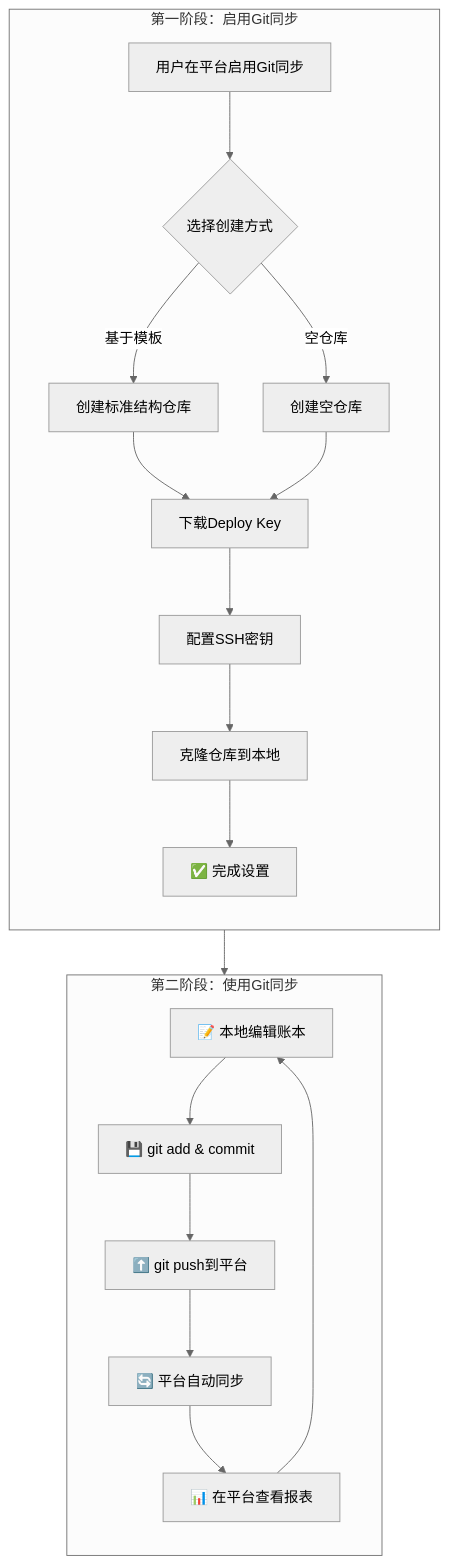
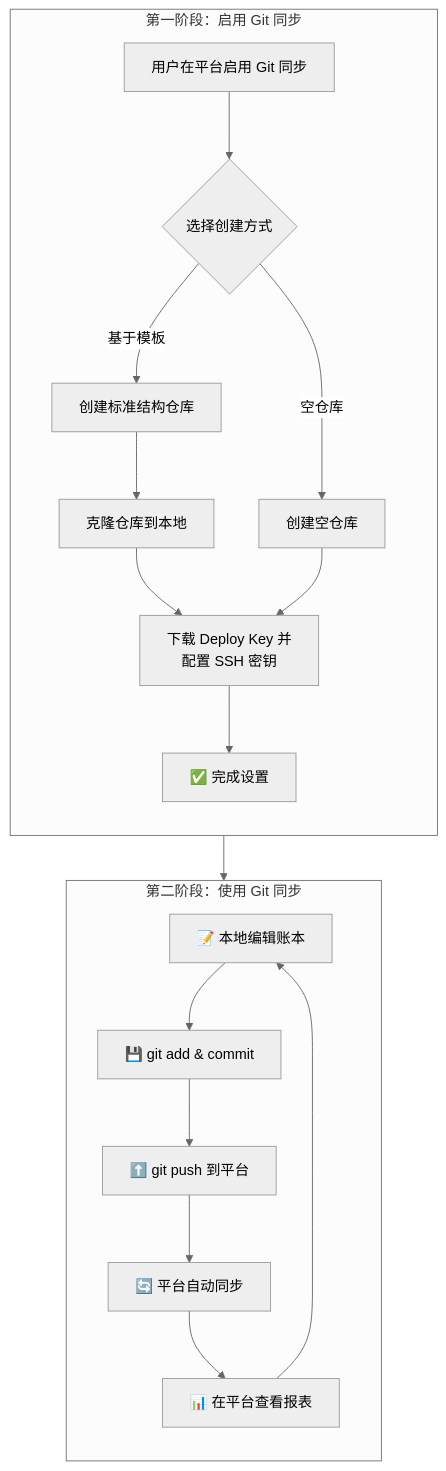
One commit to dhr2333/Beancount-Trans-Docs changed the diagram in docs/02-用户指南/07-Git同步.md. Above: the diagram before and after it, drawn with Mermaid (neutral theme). The commit also changed other lines of this file, not shown here.

Commit message:
docs: update Git synchronization documentation with formatting improvements and important user guidelines

````diff
--- a/docs/02-用户指南/07-Git同步.md
+++ b/docs/02-用户指南/07-Git同步.md
@@ -28,25 +28,24 @@
 ```mermaid
 flowchart TD
-    subgraph A[第一阶段：启用Git同步]
+    subgraph A[第一阶段：启用 Git 同步]
         direction TB
-        A1[用户在平台启用Git同步] --> A2{选择创建方式}
+        A1[用户在平台启用 Git 同步] --> A2{选择创建方式}
         A2 -->|基于模板| A3[创建标准结构仓库]
-        A2 -->|空仓库| A4[创建空仓库]
-        A3 --> A5[下载Deploy Key]
-        A4 --> A5
-        A5 --> A6[配置SSH密钥]
-        A6 --> A7[克隆仓库到本地]
-        A7 --> A8[✅ 完成设置]
+        A3 --> A4[克隆仓库到本地]
+        A2 -->|空仓库| A5[创建空仓库]
+        A4 --> A6[下载 Deploy Key 并 <br> 配置 SSH 密钥]
+        A5 --> A6
+        A6 --> A7[✅ 完成设置]
     end
 
-    subgraph B[第二阶段：使用Git同步]
+    subgraph B[第二阶段：使用 Git 同步]
         direction TB
         B1[📝 本地编辑账本] --> B2[💾 git add & commit]
-        B2 --> B3[⬆️ git push到平台]
+        B2 --> B3[⬆️ git push 到平台]
         B3 --> B4[🔄 平台自动同步]
         B4 --> B5[📊 在平台查看报表]
     end
 
-    A8 --> B1
+    A7 --> B1
     B5 --> B1
 ```
````
